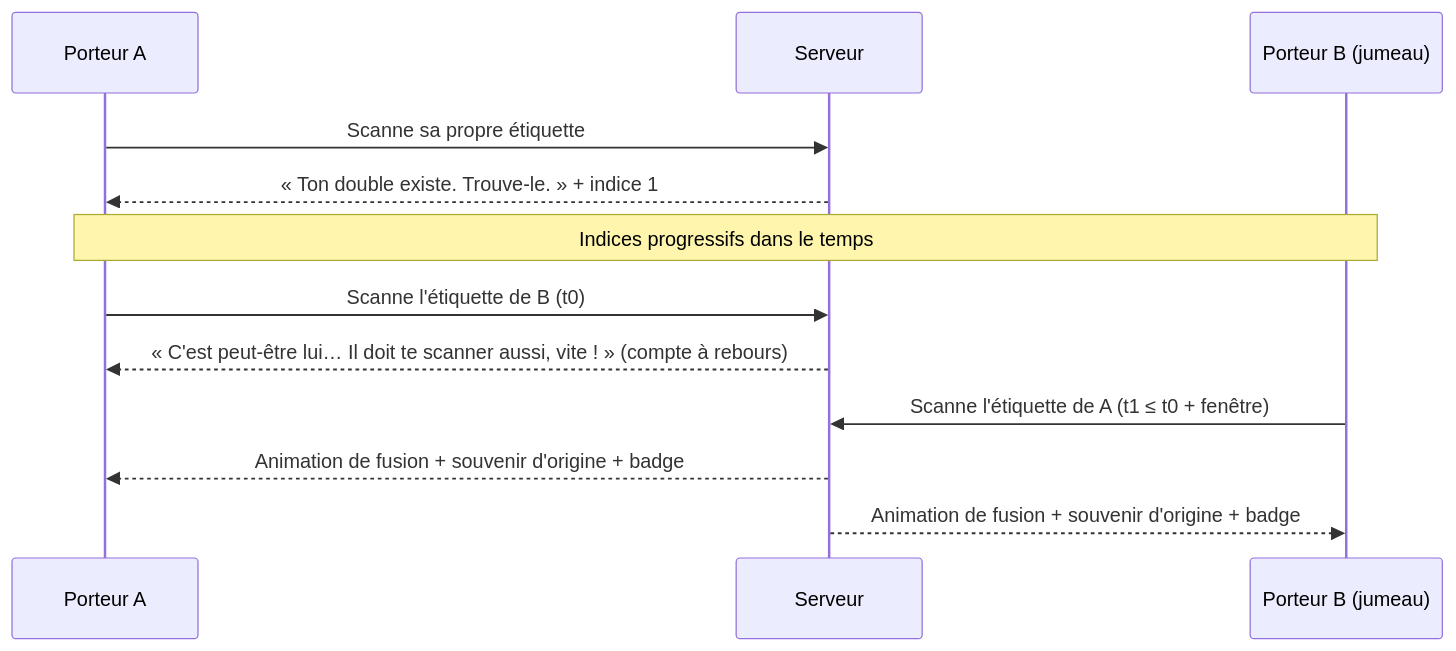
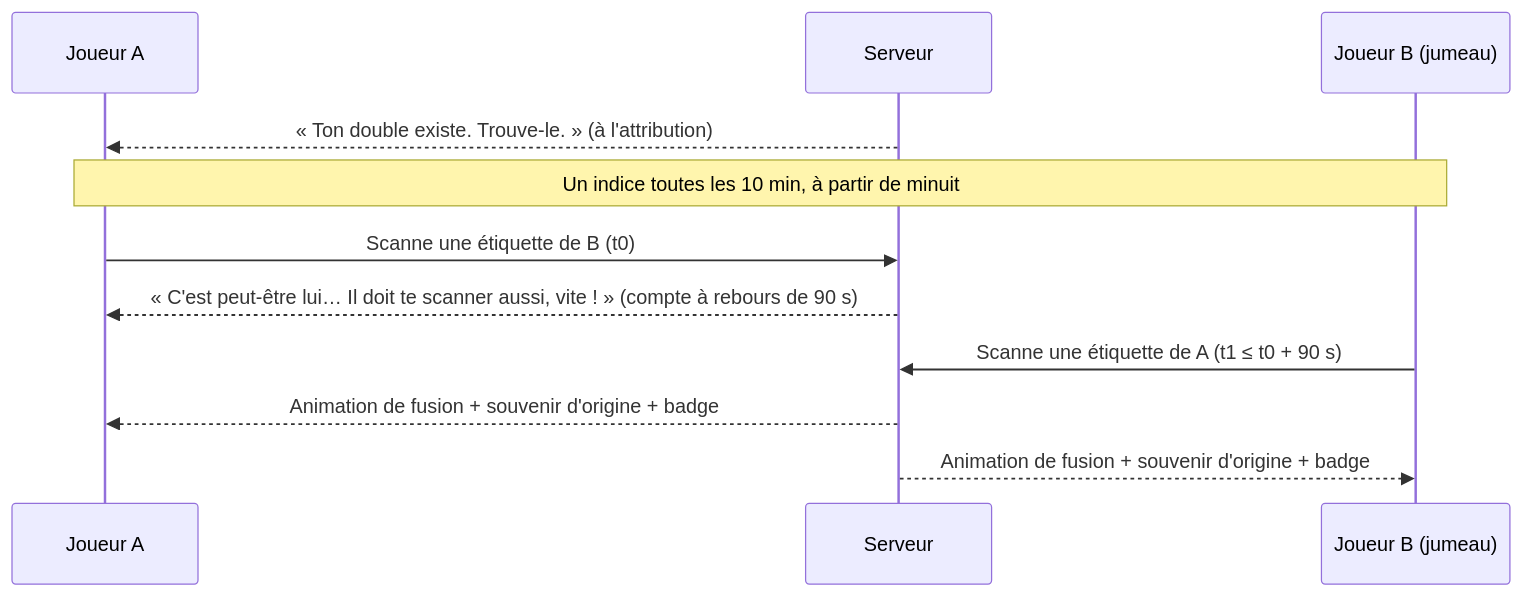
One commit to trash-anger/pandemonium2026 changed the diagram in specs/fonctionnalites/jumeaux.md. Above: the diagram before and after it, drawn with Mermaid. The commit also changed other lines of this file and 33 other files, not shown here.

````diff
--- a/specs/fonctionnalites/jumeaux.md
+++ b/specs/fonctionnalites/jumeaux.md
@@ -11,14 +23,13 @@
 ```mermaid
 sequenceDiagram
-    participant A as Porteur A
+    participant A as Joueur A
     participant S as Serveur
-    participant B as Porteur B (jumeau)
-    A->>S: Scanne sa propre étiquette
-    S-->>A: « Ton double existe. Trouve-le. » + indice 1
-    Note over A,B: Indices progressifs dans le temps
-    A->>S: Scanne l'étiquette de B (t0)
-    S-->>A: « C'est peut-être lui… Il doit te scanner aussi, vite ! » (compte à rebours)
-    B->>S: Scanne l'étiquette de A (t1 ≤ t0 + fenêtre)
+    participant B as Joueur B (jumeau)
+    S-->>A: « Ton double existe. Trouve-le. » (à l'attribution)
+    Note over A,B: Un indice toutes les 10 min, à partir de minuit
+    A->>S: Scanne une étiquette de B (t0)
+    S-->>A: « C'est peut-être lui… Il doit te scanner aussi, vite ! » (compte à rebours de 90 s)
+    B->>S: Scanne une étiquette de A (t1 ≤ t0 + 90 s)
     S-->>A: Animation de fusion + souvenir d'origine + badge
     S-->>B: Animation de fusion + souvenir d'origine + badge
 ```
````
